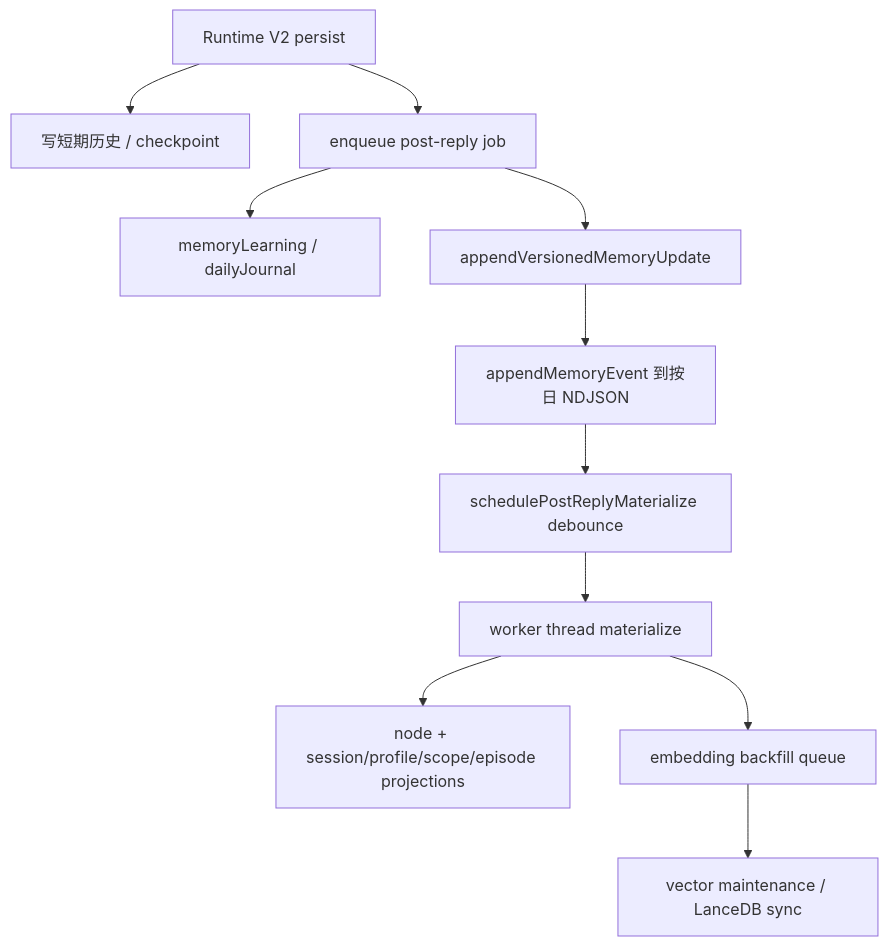
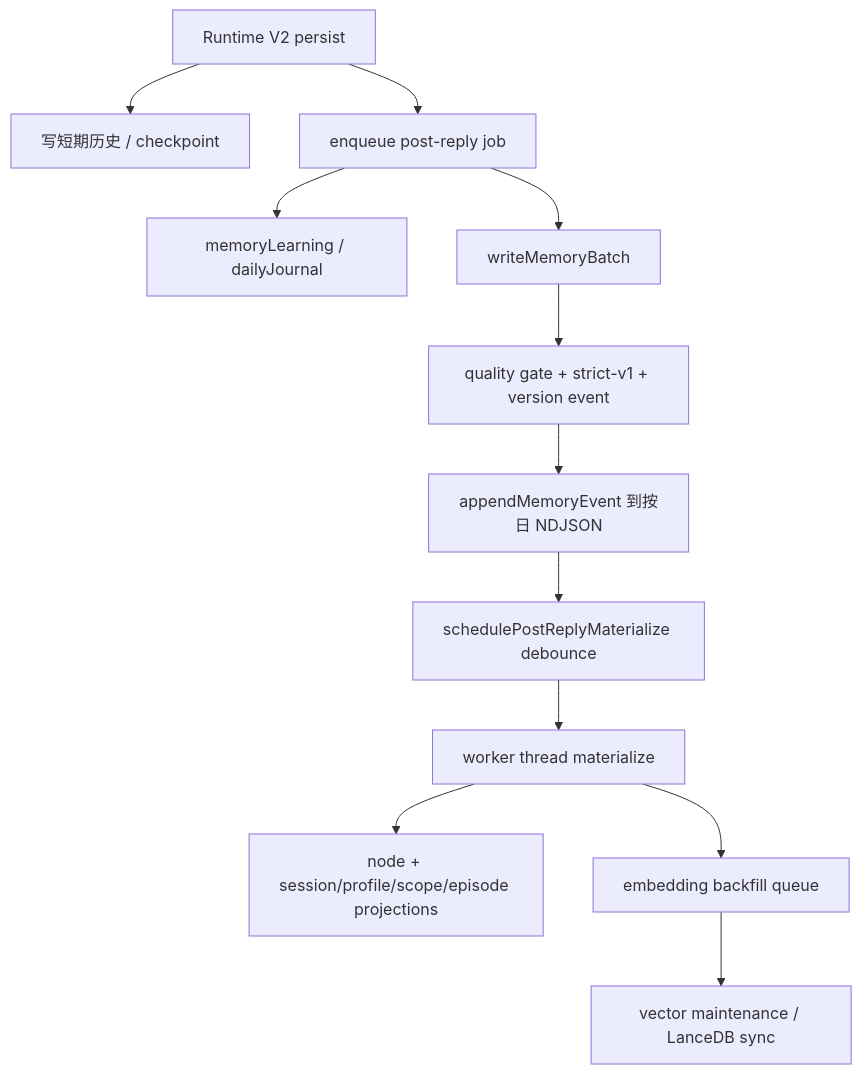
The second of 2 diagrams in docs/development/04-memory-and-prompts.md (Amia0427/mizukibot), drawn with Mermaid before and after one commit. The commit also changed other lines of this file and 6 other files, not shown here.

````diff
--- a/docs/development/04-memory-and-prompts.md
+++ b/docs/development/04-memory-and-prompts.md
@@ -172,13 +174,14 @@
 ```mermaid
 flowchart TD
     A["Runtime V2 persist"] --> B["写短期历史 / checkpoint"]
     A --> C["enqueue post-reply job"]
     C --> D["memoryLearning / dailyJournal"]
-    C --> E["appendVersionedMemoryUpdate"]
-    E --> F["appendMemoryEvent 到按日 NDJSON"]
-    F --> G["schedulePostReplyMaterialize debounce"]
-    G --> H["worker thread materialize"]
-    H --> I["node + session/profile/scope/episode projections"]
-    H --> J["embedding backfill queue"]
-    J --> K["vector maintenance / LanceDB sync"]
+    C --> E["writeMemoryBatch"]
+    E --> F["quality gate + strict-v1 + version event"]
+    F --> G["appendMemoryEvent 到按日 NDJSON"]
+    G --> H["schedulePostReplyMaterialize debounce"]
+    H --> I["worker thread materialize"]
+    I --> J["node + session/profile/scope/episode projections"]
+    I --> K["embedding backfill queue"]
+    K --> L["vector maintenance / LanceDB sync"]
 ```
````
